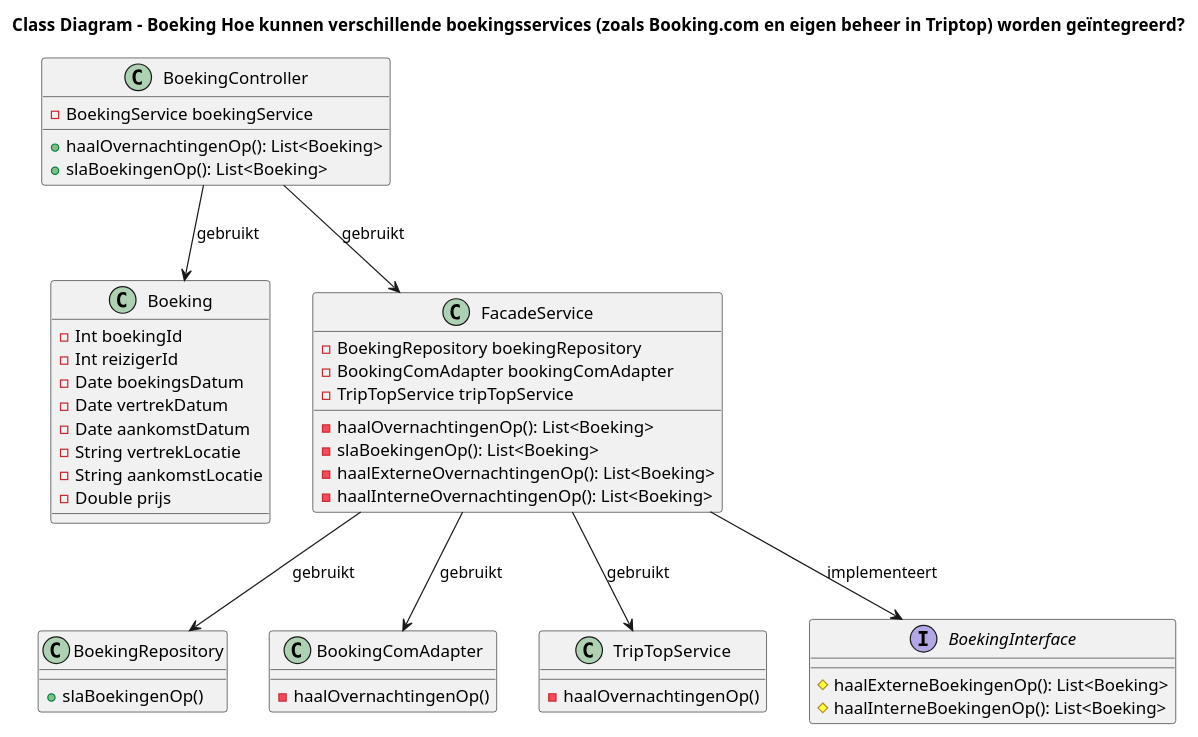
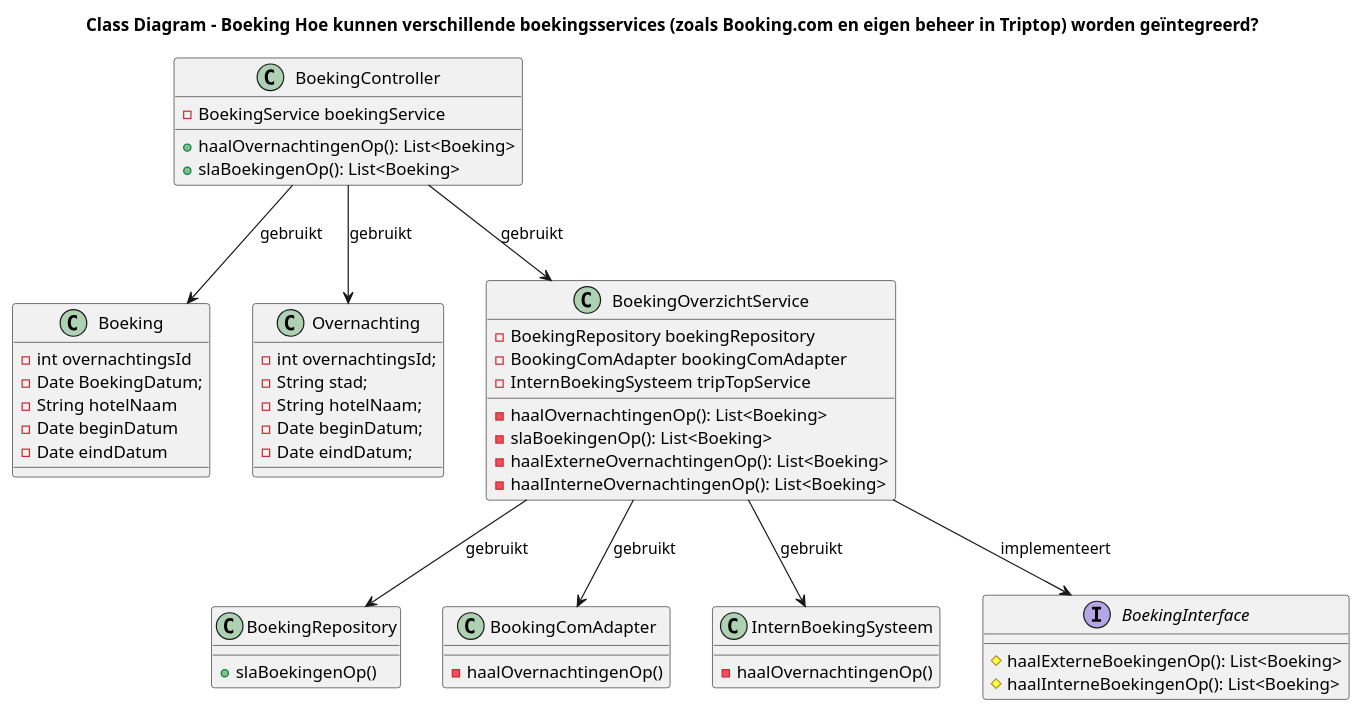
The diagram in software-guidebook/component-code/sybren/class-diagram-2.puml (AIM-ENE-feb25/triptop-asas), drawn with PlantUML before and after one commit. The commit also changed 5 other files, not shown here.

Commit message:
Updated class diagram and component diagram

```diff
--- a/software-guidebook/component-code/sybren/class-diagram-2.puml
+++ b/software-guidebook/component-code/sybren/class-diagram-2.puml
@@ -1,57 +1,64 @@
 @startuml
 title Class Diagram – Boeking Hoe kunnen verschillende boekingsservices (zoals Booking.com en eigen beheer in Triptop) worden geïntegreerd?
 
 class Boeking {
-    -Int boekingId
-    -Int reizigerId
-    -Date boekingsDatum
-    -Date vertrekDatum
-    -Date aankomstDatum
-    -String vertrekLocatie
-    -String aankomstLocatie
-    -Double prijs
+    -int overnachtingsId
+    -Date BoekingDatum;
+    - String hotelNaam
+    -Date beginDatum
+    -Date eindDatum
 }
+
+class Overnachting {
+    - int overnachtingsId;
+    - String stad;
+    - String hotelNaam;
+    - Date beginDatum;
+    - Date eindDatum;
+}
+
 class BoekingController {
     - BoekingService boekingService
     + haalOvernachtingenOp(): List<Boeking>
     + slaBoekingenOp(): List<Boeking>
 }
 
 
 class BoekingRepository {
     + slaBoekingenOp()
 }
 
 
-class FacadeService {
+class BoekingOverzichtService {
     - BoekingRepository boekingRepository
     - BookingComAdapter bookingComAdapter
-    - TripTopService tripTopService
+    - InternBoekingSysteem tripTopService
     - haalOvernachtingenOp(): List<Boeking>
     - slaBoekingenOp(): List<Boeking>
     - haalExterneOvernachtingenOp(): List<Boeking>
     - haalInterneOvernachtingenOp(): List<Boeking>
 }
 
 class BookingComAdapter {
     - haalOvernachtingenOp()
 }
 
-class TripTopService {
+class InternBoekingSysteem {
     - haalOvernachtingenOp()
 }
 
 interface BoekingInterface {
     # haalExterneBoekingenOp(): List<Boeking>
     # haalInterneBoekingenOp(): List<Boeking>
 }
 
-BoekingController --> FacadeService: "gebruikt"
+BoekingController --> BoekingOverzichtService: "gebruikt"
 BoekingController --> Boeking: "gebruikt"
-FacadeService --> BoekingRepository: "gebruikt"
-FacadeService --> BoekingInterface: "implementeert"
-FacadeService  --> BookingComAdapter : "gebruikt"
-FacadeService --> TripTopService : "gebruikt"
+BoekingController --> Overnachting: "gebruikt"
+BoekingOverzichtService --> BoekingRepository: "gebruikt"
+BoekingOverzichtService --> BoekingInterface: "implementeert"
+BoekingOverzichtService  --> BookingComAdapter : "gebruikt"
+BoekingOverzichtService --> InternBoekingSysteem : "gebruikt"
 
 
 @enduml
```
